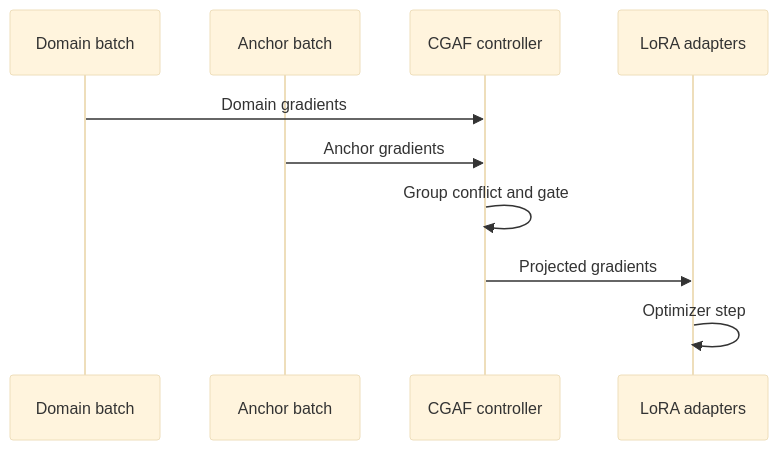
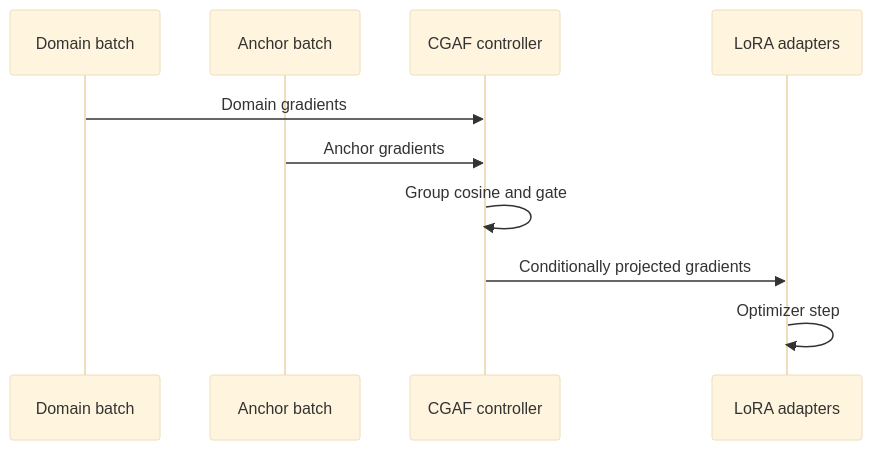
The diagram in docs/research-proposal.md (Anne07-Ai/cgaf-tune), drawn with Mermaid (base theme) before and after one commit. The commit also changed other lines of this file, not shown here.

````diff
--- a/docs/research-proposal.md
+++ b/docs/research-proposal.md
@@ -45,12 +40,12 @@
 ```mermaid
 sequenceDiagram
     participant D as Domain batch
     participant A as Anchor batch
     participant C as CGAF controller
     participant L as LoRA adapters
     D->>C: Domain gradients
     A->>C: Anchor gradients
-    C->>C: Group conflict and gate
-    C->>L: Projected gradients
+    C->>C: Group cosine and gate
+    C->>L: Conditionally projected gradients
     L->>L: Optimizer step
 ```
````
